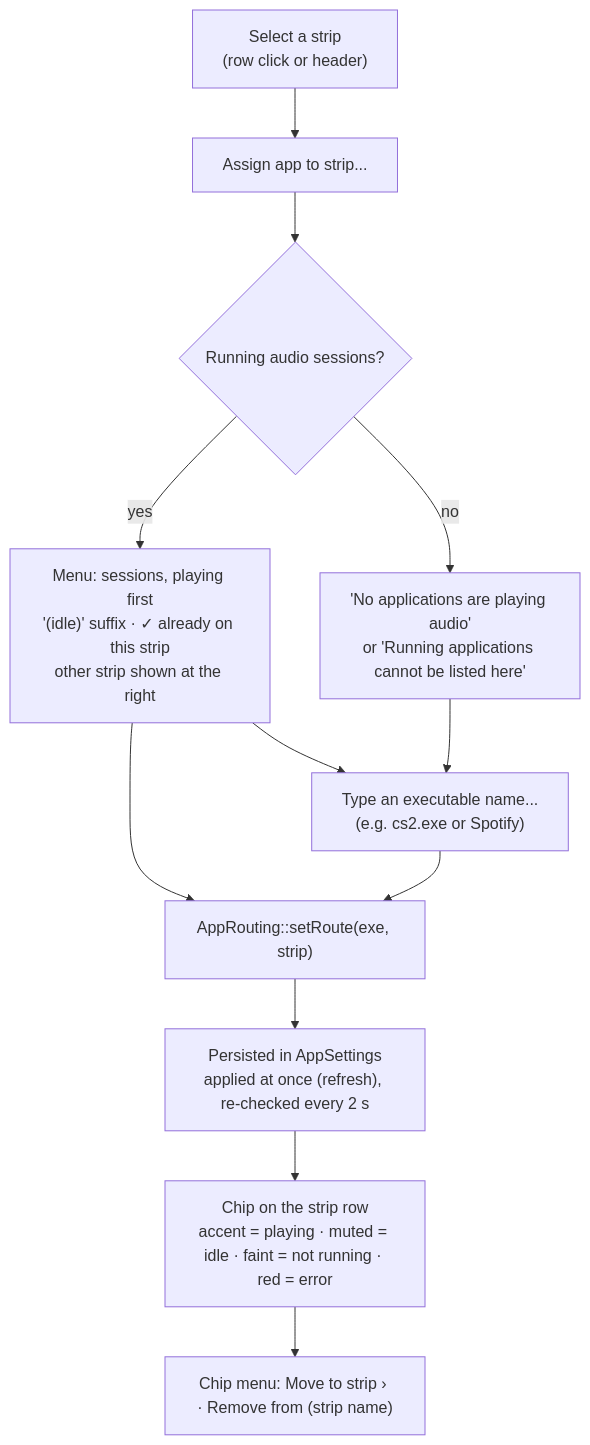
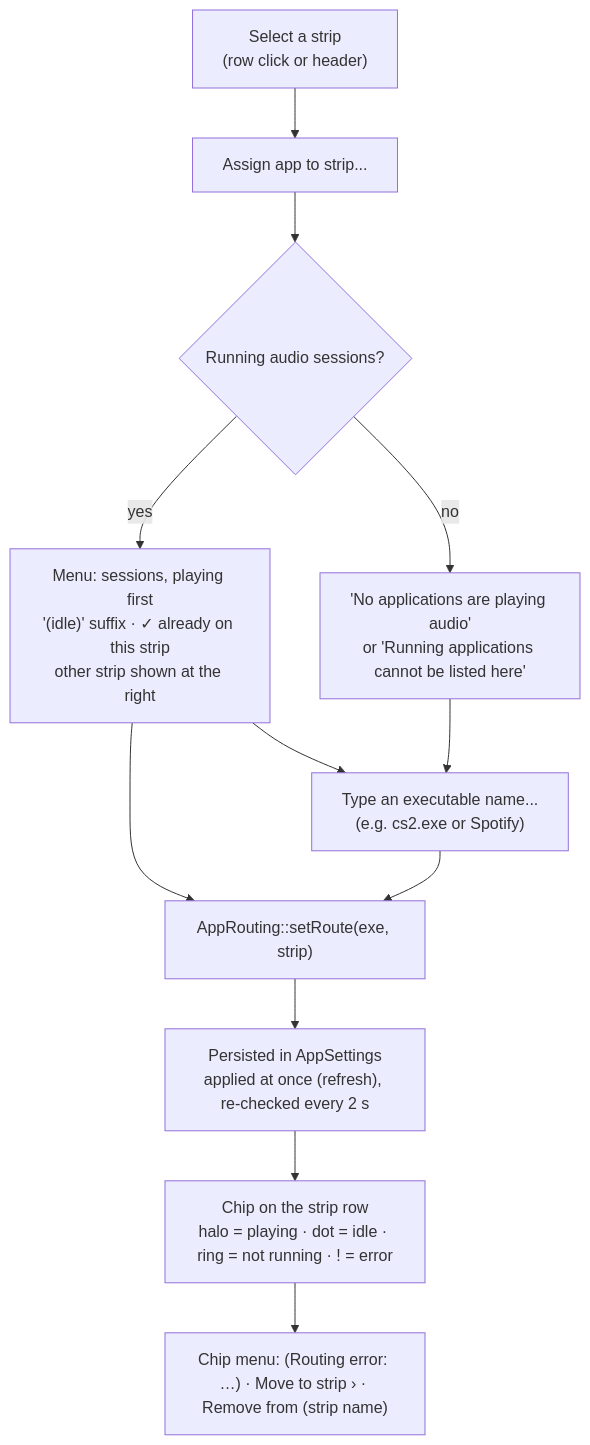
One commit to flubydooby-creator/Flubsound changed the second of 2 diagrams in docs/06-gui.md. Above: the diagram before and after it, drawn with Mermaid. The commit also changed other lines of this file and 60 other files, not shown here.

First line of the commit message:
Review fixes round 2: profile-aware master limiter, drift FIFO tests, RealtimeSanitizer build + CI job, analyser calibration, routing error display, full advice list, WASAPI low-latency default [skip ci]

````diff
--- a/docs/06-gui.md
+++ b/docs/06-gui.md
@@ -1040,14 +1040,14 @@
 ```mermaid
 flowchart TD
     S["Select a strip<br/>(row click or header)"] --> A["Assign app to strip..."]
     A --> M{"Running audio sessions?"}
     M -->|yes| L["Menu: sessions, playing first<br/>'(idle)' suffix · ✓ already on this strip<br/>other strip shown at the right"]
     M -->|no| N["'No applications are playing audio'<br/>or 'Running applications cannot be listed here'"]
     L --> R["AppRouting::setRoute(exe, strip)"]
     N --> T["Type an executable name...<br/>(e.g. cs2.exe or Spotify)"]
     L --> T
     T --> R
     R --> P["Persisted in AppSettings<br/>applied at once (refresh), re-checked every 2 s"]
-    P --> C["Chip on the strip row<br/>accent = playing · muted = idle · faint = not running · red = error"]
-    C --> X["Chip menu: Move to strip › · Remove from (strip name)"]
+    P --> C["Chip on the strip row<br/>halo = playing · dot = idle · ring = not running · ! = error"]
+    C --> X["Chip menu: (Routing error: …) · Move to strip › · Remove from (strip name)"]
 ```
````
